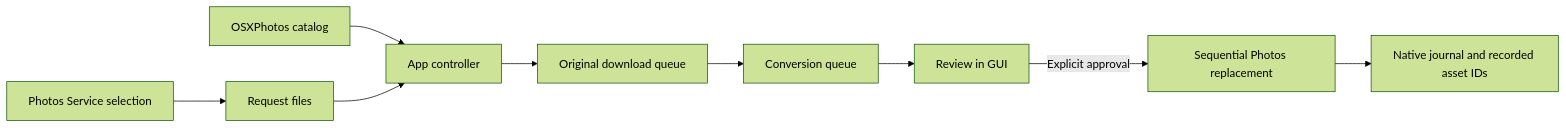
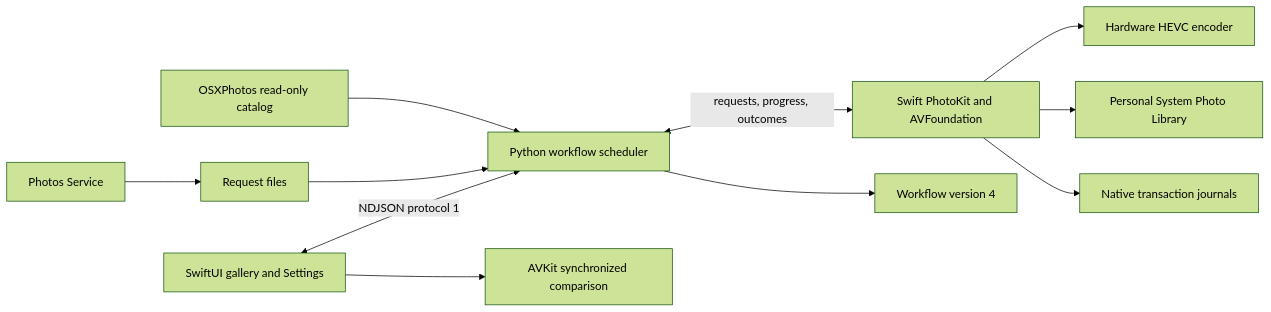
Before and after one commit to SilvioGiancola/CamPresso: the diagram in docs/DEVELOPER_GUIDE.md, drawn with Mermaid (forest theme). The commit also changed other lines of this file and 29 other files, not shown here.

First line of the commit message:
Add native workflow support and output verification

````diff
--- a/docs/DEVELOPER_GUIDE.md
+++ b/docs/DEVELOPER_GUIDE.md
@@ -63,11 +46,13 @@
 ```mermaid
 flowchart LR
-    Catalog[OSXPhotos catalog] --> App[App controller]
-    Service[Photos Service selection] --> Requests[Request files]
-    Requests --> App
-    App --> Downloads[Original download queue]
-    Downloads --> Conversion[Conversion queue]
-    Conversion --> Review[Review in GUI]
-    Review -->|Explicit approval| Replacement[Sequential Photos replacement]
-    Replacement --> Journal[Native journal and recorded asset IDs]
+    UI[SwiftUI gallery and Settings] <-->|NDJSON protocol 1| Backend[Python workflow scheduler]
+    Service[Photos Service] --> Requests[Request files]
+    Requests --> Backend
+    Catalog[OSXPhotos read-only catalog] --> Backend
+    Backend <-->|requests, progress, outcomes| Native[Swift PhotoKit and AVFoundation]
+    Native --> Encoder[Hardware HEVC encoder]
+    Native --> Photos[Personal System Photo Library]
+    Native --> Journals[Native transaction journals]
+    Backend --> Records[Workflow version 4]
+    UI --> Review[AVKit synchronized comparison]
 ```
````
